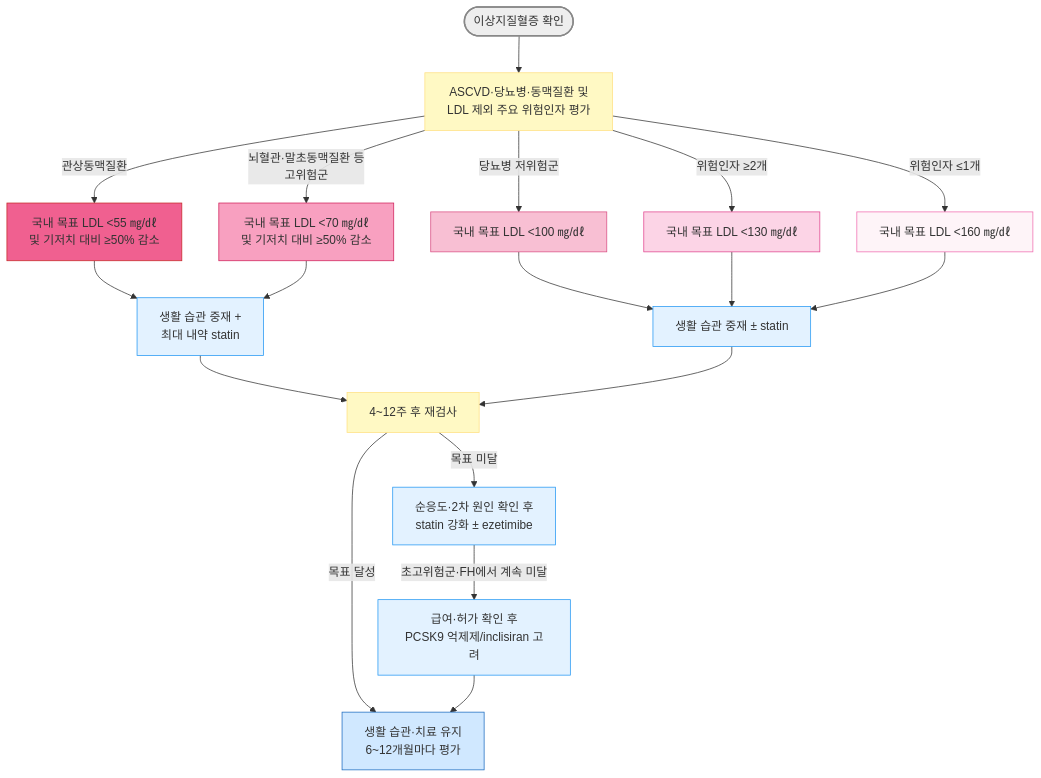
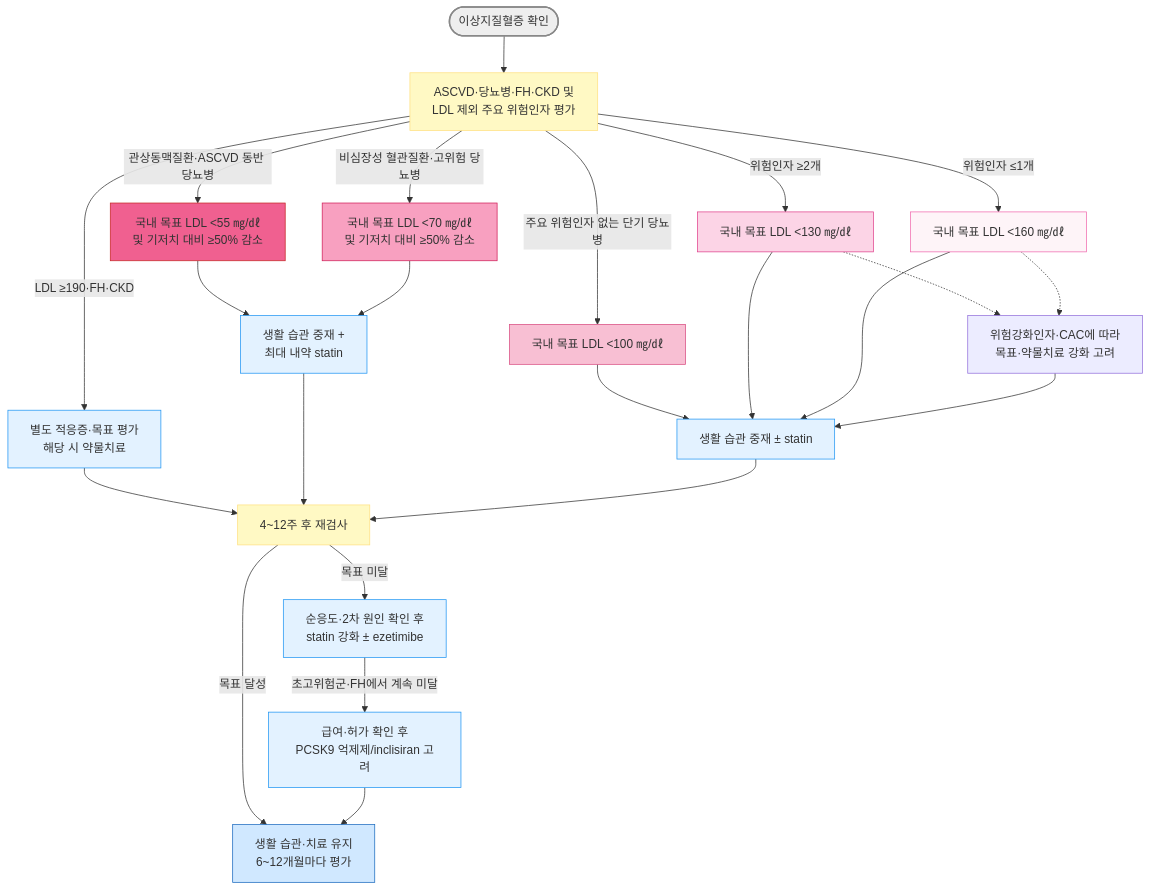
The diagram in 225_/099_-dyslipidemia.md (familyoh77/familyoh77), drawn with Mermaid before and after one commit. The commit also changed other lines of this file and 5 other files, not shown here.

````diff
--- a/225_/099_-dyslipidemia.md
+++ b/225_/099_-dyslipidemia.md
@@ -192,33 +209,38 @@
 ```mermaid
 graph TD
-    A([이상지질혈증 확인]) --> B[ASCVD·당뇨병·동맥질환 및<br/>LDL 제외 주요 위험인자 평가]
-    B -->|관상동맥질환| C[국내 목표 LDL &lt;55 ㎎/㎗<br/>및 기저치 대비 ≥50% 감소]
-    B -->|뇌혈관·말초동맥질환 등<br/>고위험군| D[국내 목표 LDL &lt;70 ㎎/㎗<br/>및 기저치 대비 ≥50% 감소]
-    B -->|당뇨병 저위험군| E[국내 목표 LDL &lt;100 ㎎/㎗]
+    A([이상지질혈증 확인]) --> B[ASCVD·당뇨병·FH·CKD 및<br/>LDL 제외 주요 위험인자 평가]
+    B -->|관상동맥질환·ASCVD 동반 당뇨병| C[국내 목표 LDL &lt;55 ㎎/㎗<br/>및 기저치 대비 ≥50% 감소]
+    B -->|비심장성 혈관질환·고위험 당뇨병| D[국내 목표 LDL &lt;70 ㎎/㎗<br/>및 기저치 대비 ≥50% 감소]
+    B -->|주요 위험인자 없는 단기 당뇨병| E[국내 목표 LDL &lt;100 ㎎/㎗]
     B -->|위험인자 ≥2개| F[국내 목표 LDL &lt;130 ㎎/㎗]
     B -->|위험인자 ≤1개| G[국내 목표 LDL &lt;160 ㎎/㎗]
+    B -->|LDL ≥190·FH·CKD| N[별도 적응증·목표 평가<br/>해당 시 약물치료]
     C --> H[생활 습관 중재 +<br/>최대 내약 statin]
     D --> H
     E --> I[생활 습관 중재 ± statin]
     F --> I
     G --> I
+    N --> J
     H --> J[4~12주 후 재검사]
     I --> J
     J -->|목표 미달| K[순응도·2차 원인 확인 후<br/>statin 강화 ± ezetimibe]
     K -->|초고위험군·FH에서 계속 미달| L[급여·허가 확인 후<br/>PCSK9 억제제/inclisiran 고려]
     J -->|목표 달성| M[생활 습관·치료 유지<br/>6~12개월마다 평가]
     L --> M
+    F -.-> O[위험강화인자·CAC에 따라<br/>목표·약물치료 강화 고려]
+    G -.-> O
+    O --> I
 
 style A fill:#eeeeee,stroke:#888888,stroke-width:2px
 classDef yellow fill:#fff9c4,stroke:#ffe082
 class B,J,K yellow
 style G fill:#fef4f8,stroke:#f06baf
 style F fill:#fcd4e6,stroke:#e0448e
 style E fill:#f8bfd3,stroke:#d94f83
 style D fill:#f8a0c0,stroke:#d01f5a
 style C fill:#f06090,stroke:#c62828
 classDef sky fill:#e3f2ff,stroke:#2196f3
-class H,I,K,L sky
+class H,I,K,L,N sky
 style M fill:#d0e8ff,stroke:#1a6abf
 
 ```
````
